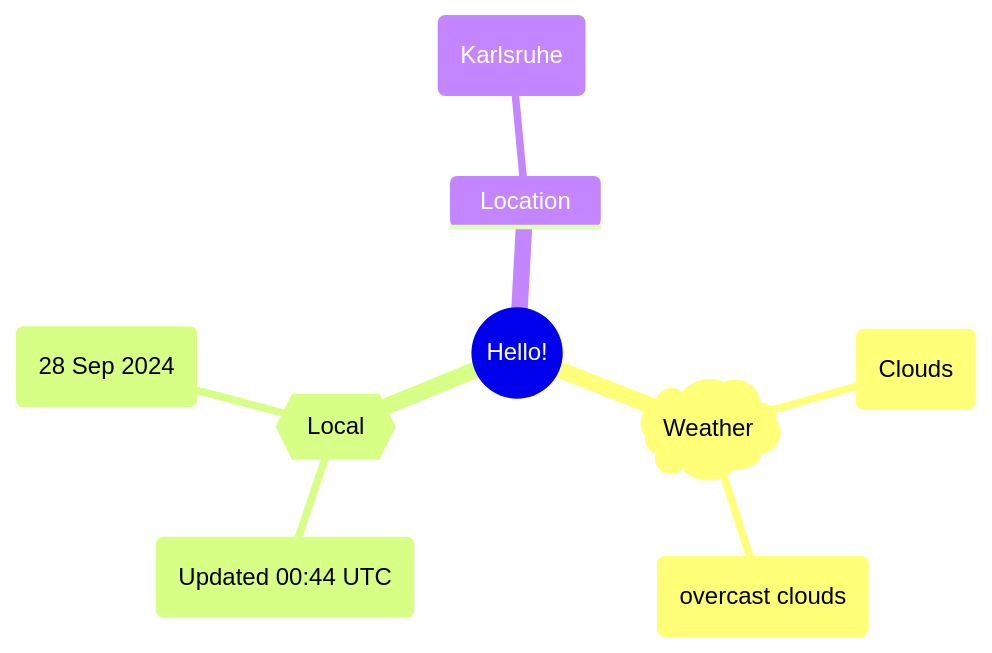
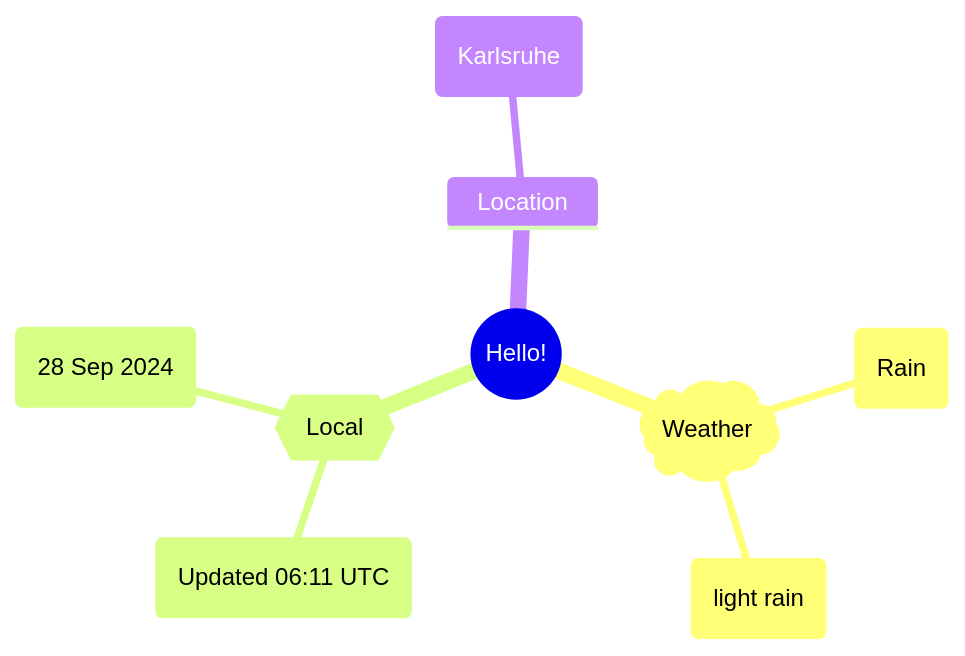
One commit to Xosrov/Xosrov changed the first of 2 diagrams in README.md. Above: the diagram before and after it, drawn with Mermaid.

Commit message:
[bot] updated images

````diff
--- a/README.md
+++ b/README.md
@@ -3,12 +3,12 @@
 ```mermaid
 mindmap
   root((Hello!))
     )Weather(
-        (Clouds)
-        (overcast clouds)
+        (Rain)
+        (light rain)
     {{Local}}
-        (Updated 00:44 UTC)
+        (Updated 06:11 UTC)
         (28 Sep 2024)
     Location
         (Karlsruhe)
 ```
````
